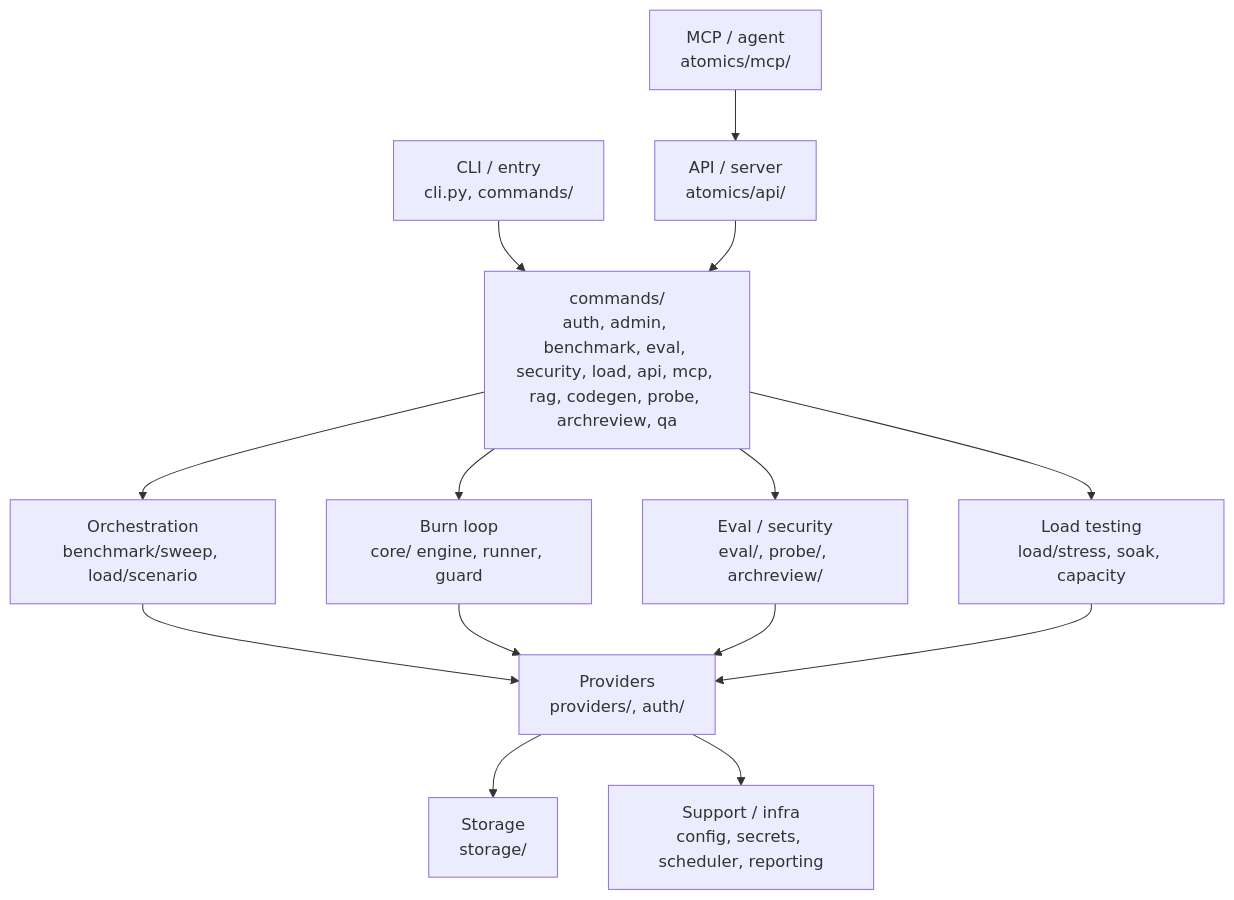
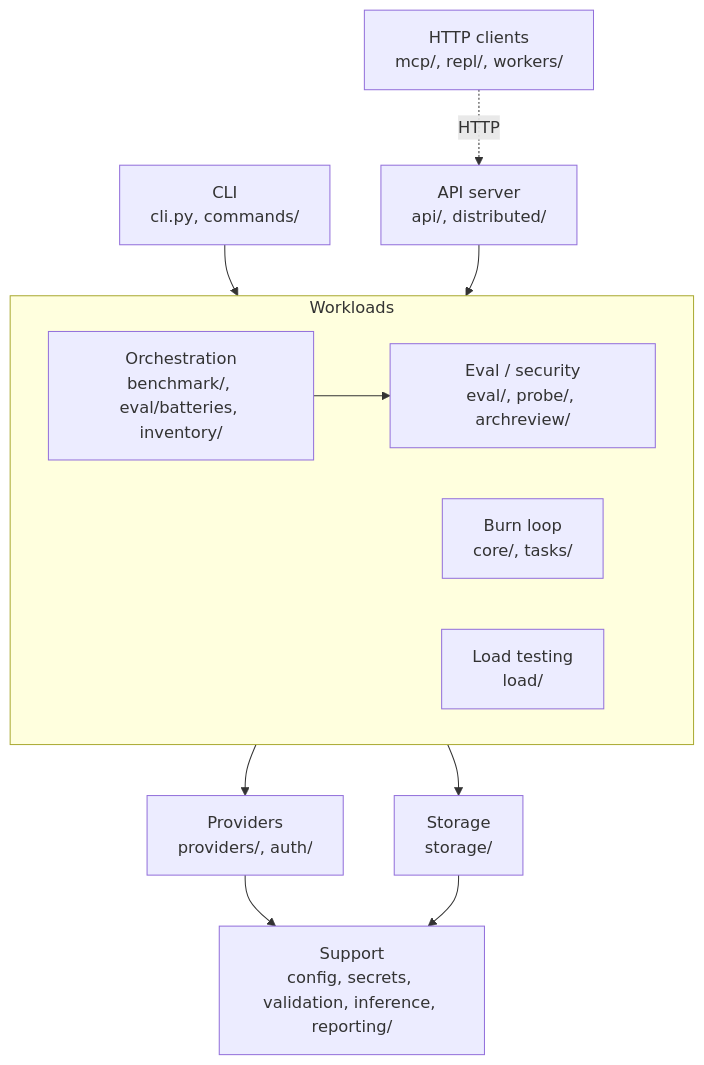
The diagram in ARCHITECTURE.md (babywyrm/stoneburner), drawn with Mermaid before and after one commit. The commit also changed other lines of this file and 3 other files, not shown here.

First line of the commit message:
Match architecture docs to the code

````diff
--- a/ARCHITECTURE.md
+++ b/ARCHITECTURE.md
@@ -34,16 +44,25 @@
 ```mermaid
 flowchart TB
-    CLI["CLI / entry\ncli.py, commands/"] --> Commands["commands/\nauth, admin, benchmark, eval, security, load, api, mcp, rag, codegen, probe, archreview, qa"]
-    API["API / server\natomics/api/"] --> Commands
-    MCP["MCP / agent\natomics/mcp/"] --> API
-    Commands --> Orchestration["Orchestration\nbenchmark/sweep, load/scenario"]
-    Commands --> Burn["Burn loop\ncore/ engine, runner, guard"]
-    Commands --> Eval["Eval / security\neval/, probe/, archreview/"]
-    Commands --> Load["Load testing\nload/stress, soak, capacity"]
-    Orchestration --> Providers
-    Burn --> Providers
-    Eval --> Providers
-    Load --> Providers
-    Providers["Providers\nproviders/, auth/"] --> Storage["Storage\nstorage/"]
-    Providers --> Support["Support / infra\nconfig, secrets, scheduler, reporting"]
+    Clients["HTTP clients\nmcp/, repl/, workers/"]
+    CLI["CLI\ncli.py, commands/"]
+    API["API server\napi/, distributed/"]
+    subgraph Work["Workloads"]
+        direction LR
+        Orch["Orchestration\nbenchmark/, eval/batteries, inventory/"]
+        Eval["Eval / security\neval/, probe/, archreview/"]
+        Burn["Burn loop\ncore/, tasks/"]
+        Load["Load testing\nload/"]
+        Orch --> Eval
+    end
+    Providers["Providers\nproviders/, auth/"]
+    Storage["Storage\nstorage/"]
+    Support["Support\nconfig, secrets, validation, inference, reporting/"]
+
+    Clients -. HTTP .-> API
+    CLI --> Work
+    API --> Work
+    Work --> Providers
+    Work --> Storage
+    Providers --> Support
+    Storage --> Support
 ```
````
